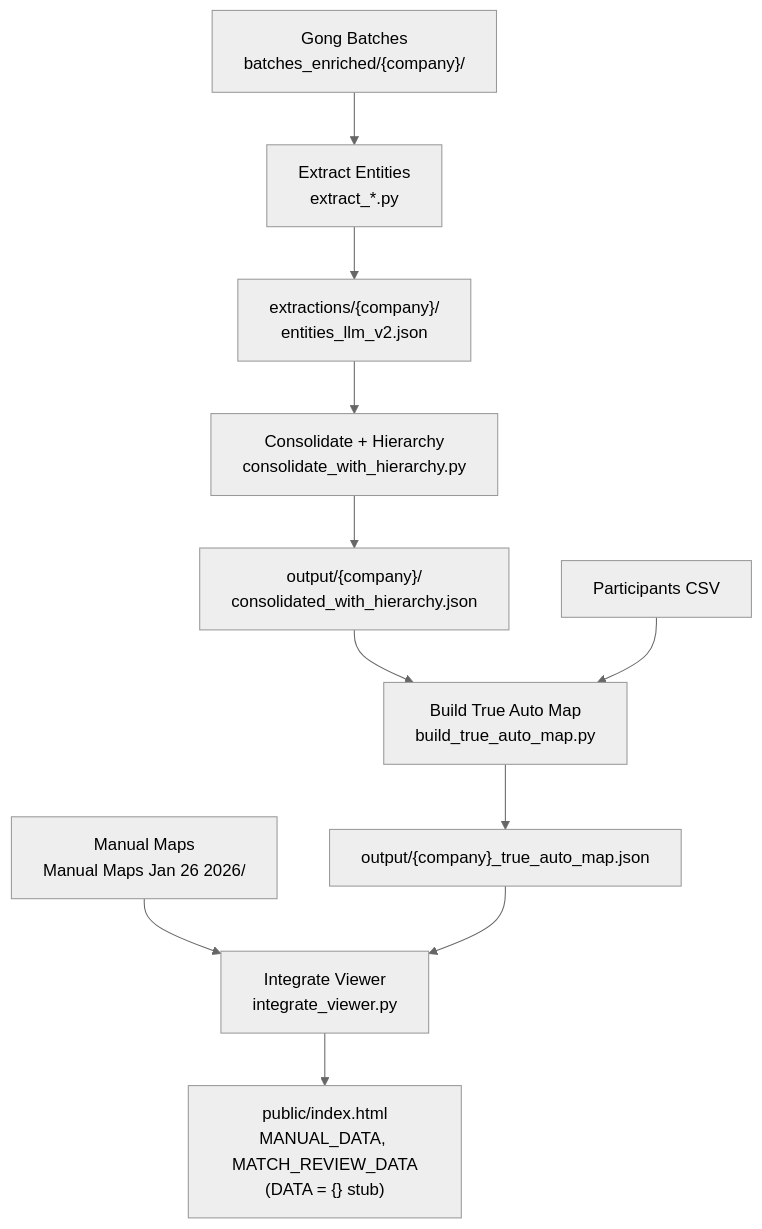
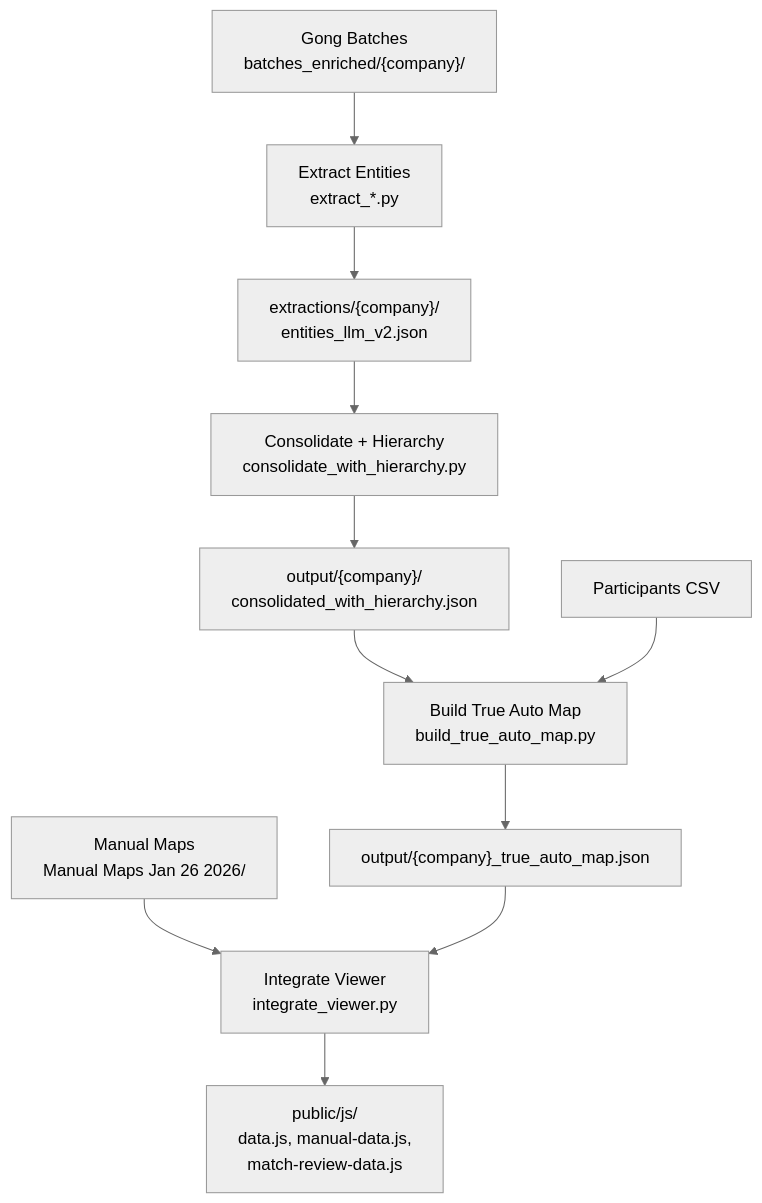
The diagram in docs/architecture.md (dcamposbiorender/gong-org-viewer-static), drawn with Mermaid (neutral theme) before and after one commit. The commit also changed other lines of this file and 23 other files, not shown here.

First line of the commit message:
refactor: Modularize index.html — extract CSS, JS, and data into separate files

````diff
--- a/docs/architecture.md
+++ b/docs/architecture.md
@@ -11,13 +11,13 @@
 ```mermaid
 graph TD
     A["Gong Batches<br/>batches_enriched/{company}/"] --> B["Extract Entities<br/>extract_*.py"]
     B --> C["extractions/{company}/<br/>entities_llm_v2.json"]
     C --> D["Consolidate + Hierarchy<br/>consolidate_with_hierarchy.py"]
     D --> E["output/{company}/<br/>consolidated_with_hierarchy.json"]
     E --> F["Build True Auto Map<br/>build_true_auto_map.py"]
     F --> G["output/{company}_true_auto_map.json"]
     H["Manual Maps<br/>Manual Maps Jan 26 2026/"] --> I["Integrate Viewer<br/>integrate_viewer.py"]
     G --> I
     J["Participants CSV"] --> F
-    I --> K["public/index.html<br/>MANUAL_DATA, MATCH_REVIEW_DATA<br/>(DATA = {} stub)"]
+    I --> K["public/js/<br/>data.js, manual-data.js,<br/>match-review-data.js"]
 ```
````
